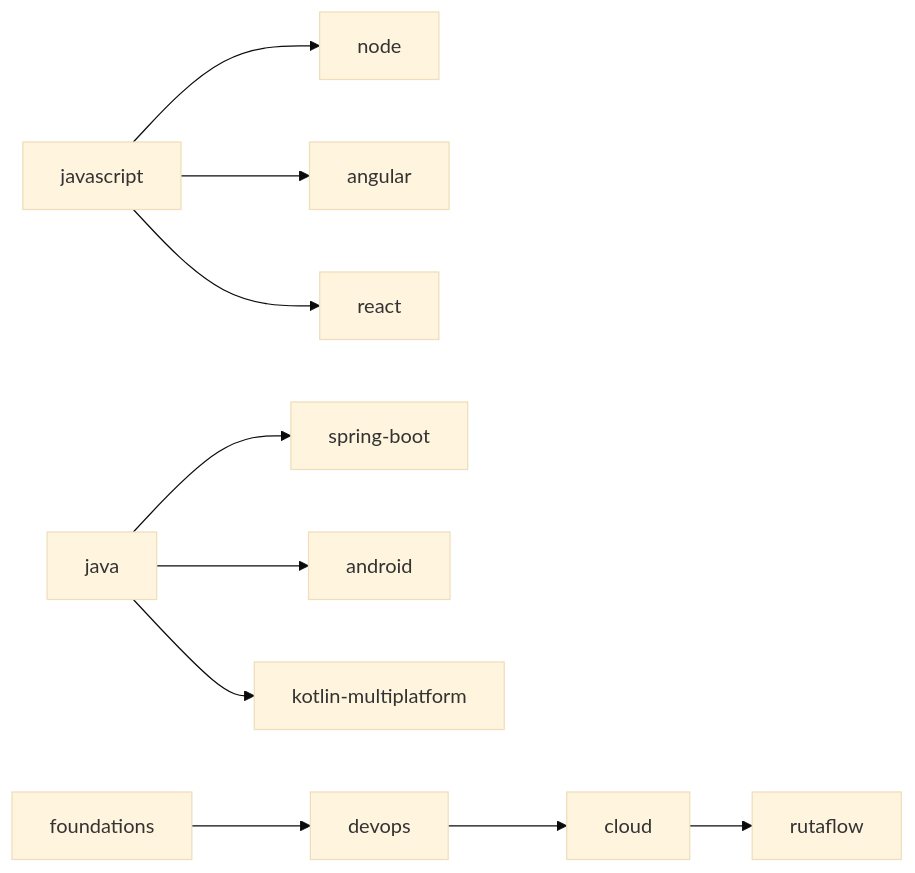
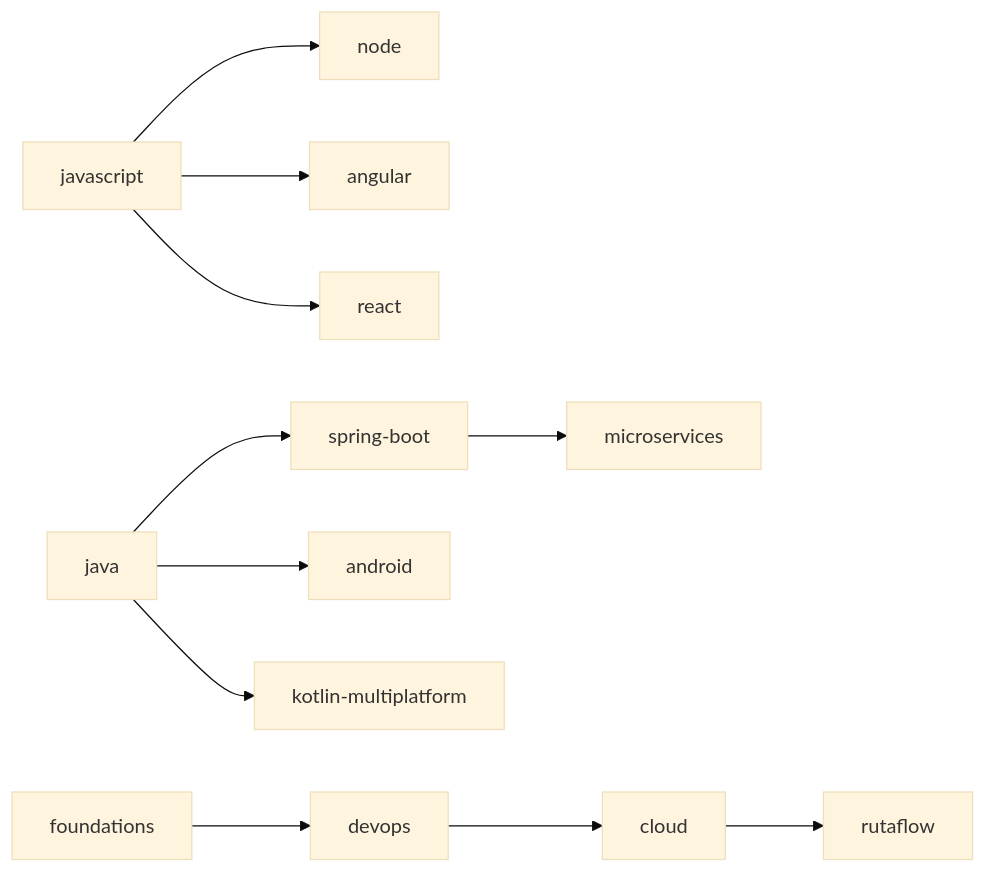
Before and after one commit to NICORUIZ93/The_Imperial_Book: the diagram in docs/prerequisite-graph.md, drawn with Mermaid (base theme). The commit also changed other lines of this file and 48 other files, not shown here.

````diff
--- a/docs/prerequisite-graph.md
+++ b/docs/prerequisite-graph.md
@@ -7,12 +7,13 @@
 ```mermaid
 flowchart LR
   javascript["javascript"] --> node["node"]
   java["java"] --> spring_boot["spring-boot"]
+  spring_boot["spring-boot"] --> microservices["microservices"]
   javascript["javascript"] --> angular["angular"]
   javascript["javascript"] --> react["react"]
   java["java"] --> android["android"]
   java["java"] --> kotlin_multiplatform["kotlin-multiplatform"]
   foundations["foundations"] --> devops["devops"]
   devops["devops"] --> cloud["cloud"]
   cloud["cloud"] --> rutaflow["rutaflow"]
 ```
````
